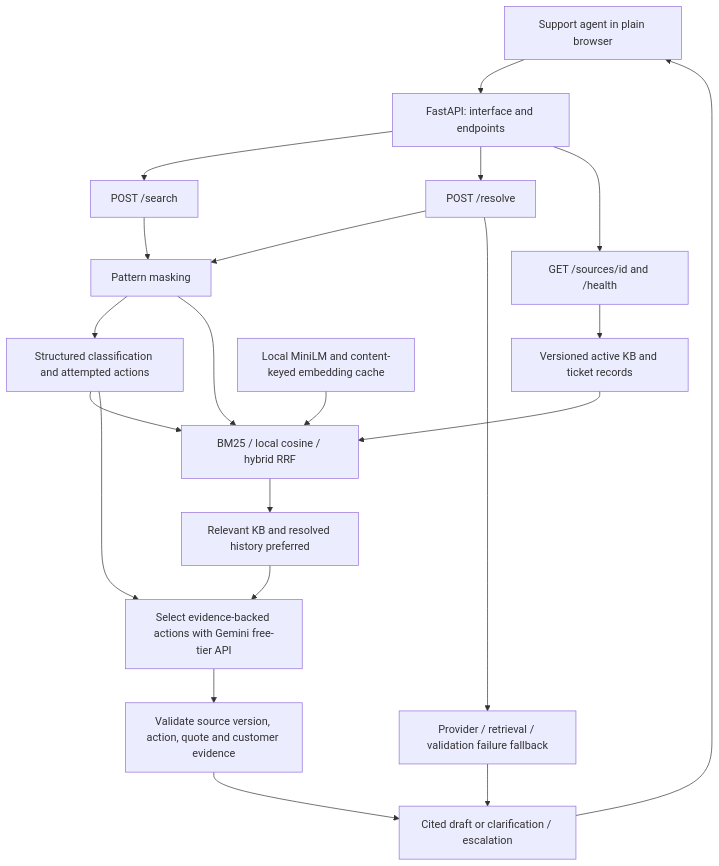
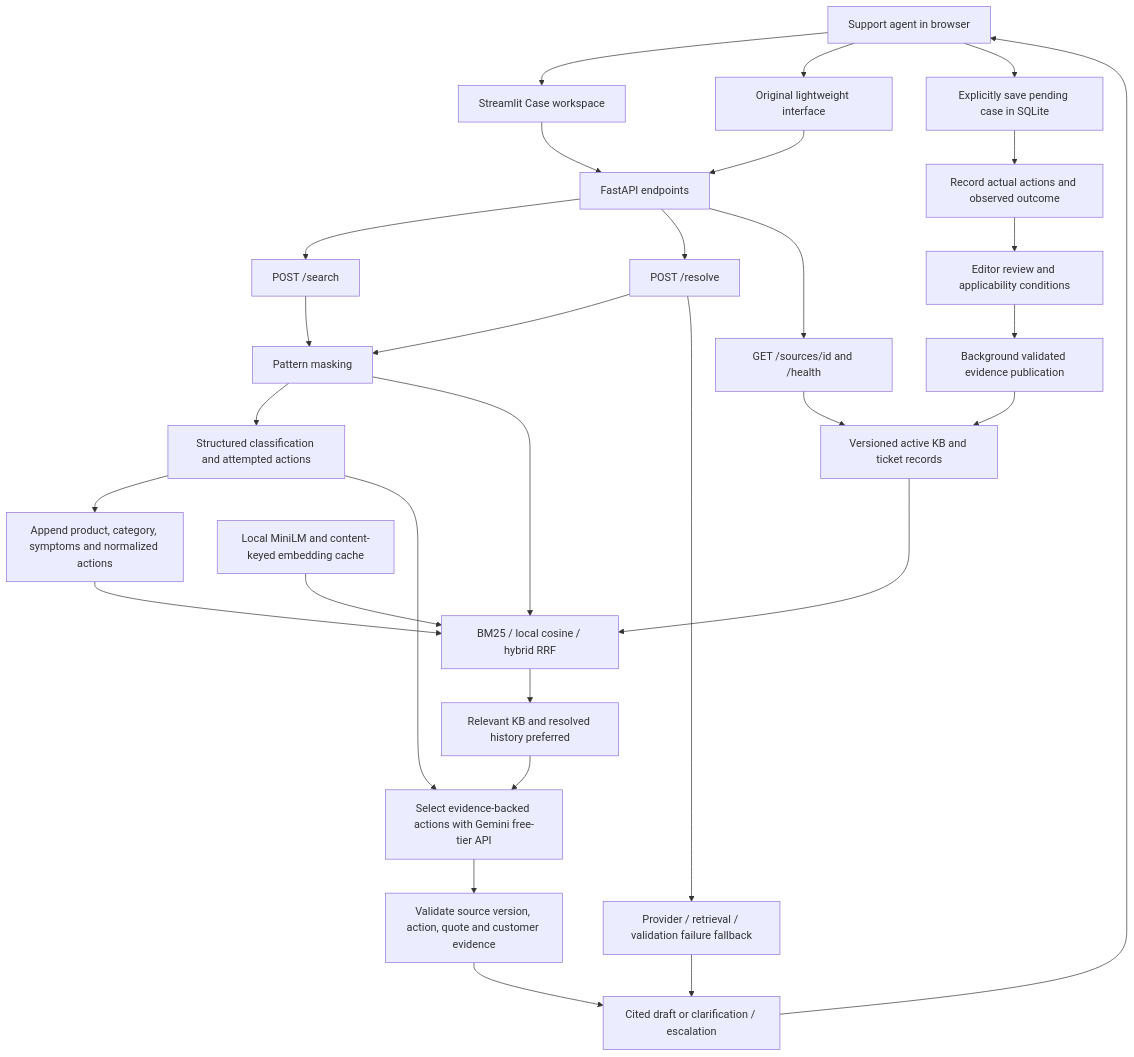
One commit to TejaswiniG06/TeleAssist-prodapt changed the first of 2 diagrams in docs/architecture.md. Above: the diagram before and after it, drawn with Mermaid. The commit also changed other lines of this file and 37 other files, not shown here.

````diff
--- a/docs/architecture.md
+++ b/docs/architecture.md
@@ -5,23 +5,32 @@
 ```mermaid
 flowchart TD
-    Agent[Support agent in plain browser] --> API[FastAPI: interface and endpoints]
+    Agent[Support agent in browser] --> Dashboard[Streamlit Case workspace]
+    Dashboard --> API[FastAPI endpoints]
+    Agent --> Lightweight[Original lightweight interface]
+    Lightweight --> API
     API --> Search[POST /search]
     API --> Resolve[POST /resolve]
     API --> Inspect[GET /sources/id and /health]
     Search --> Mask[Pattern masking]
     Resolve --> Mask
     Mask --> Classify[Structured classification and attempted actions]
     Mask --> Retrieve[BM25 / local cosine / hybrid RRF]
-    Classify --> Retrieve
+    Classify --> Enrich[Append product, category, symptoms and normalized actions]
+    Enrich --> Retrieve
     Corpus[Versioned active KB and ticket records] --> Retrieve
     Local[Local MiniLM and content-keyed embedding cache] --> Retrieve
     Retrieve --> Trust[Relevant KB and resolved history preferred]
     Trust --> Draft[Select evidence-backed actions with Gemini free-tier API]
     Classify --> Draft
     Draft --> Check[Validate source version, action, quote and customer evidence]
     Check --> Result[Cited draft or clarification / escalation]
     Result --> Agent
+    Agent --> Case[Explicitly save pending case in SQLite]
+    Case --> Outcome[Record actual actions and observed outcome]
+    Outcome --> Editor[Editor review and applicability conditions]
+    Editor --> Ingest[Background validated evidence publication]
+    Ingest --> Corpus
     Resolve --> Fallback[Provider / retrieval / validation failure fallback]
     Fallback --> Result
     Inspect --> Corpus
 ```
````
